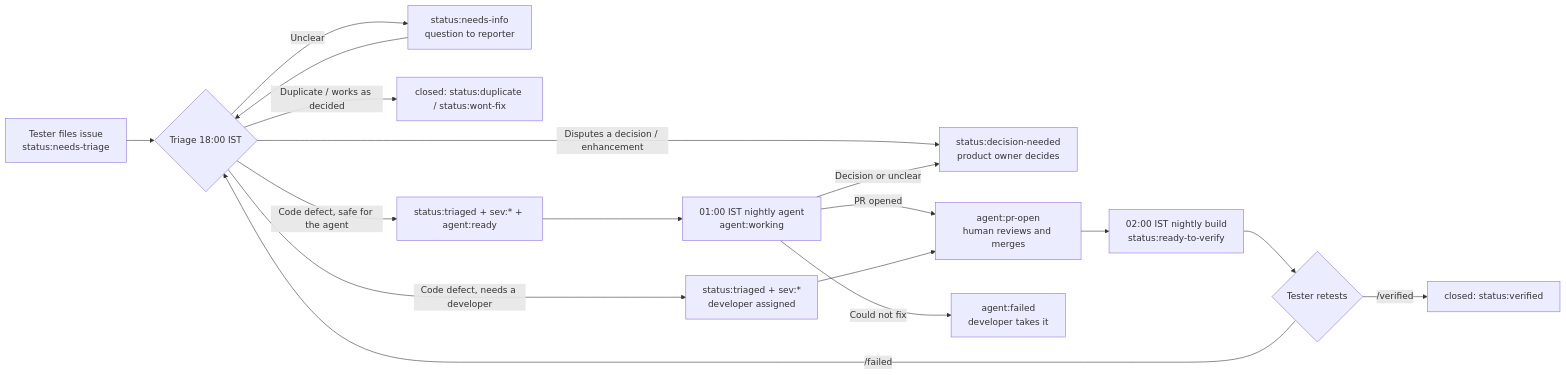
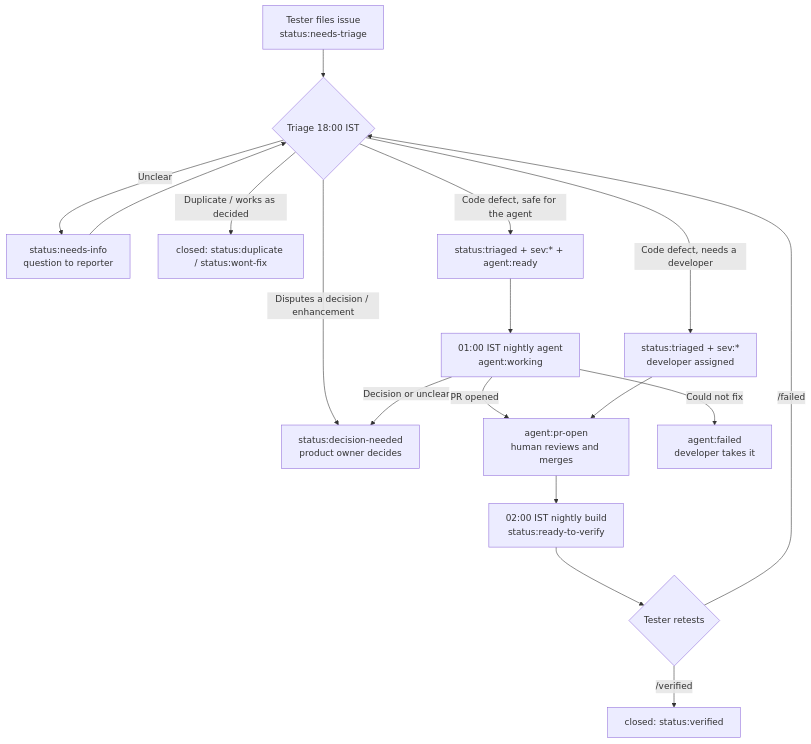
Before and after one commit to vasudevansundarababu-dev/adi-praxis: the diagram in docs/testing/TRIAGE.md, drawn with Mermaid. The commit also changed other lines of this file, not shown here.

Commit message:
docs(testing): vertical issue-lifecycle diagram; plain link to the tester guide

````diff
--- a/docs/testing/TRIAGE.md
+++ b/docs/testing/TRIAGE.md
@@ -7,19 +7,19 @@
 ```mermaid
-flowchart LR
+flowchart TD
   A[Tester files issue<br/>status:needs-triage] --> B{Triage 18:00 IST}
   B -->|Unclear| C[status:needs-info<br/>question to reporter]
   C --> B
   B -->|Disputes a decision / enhancement| D[status:decision-needed<br/>product owner decides]
   B -->|Duplicate / works as decided| E[closed: status:duplicate / status:wont-fix]
   B -->|Code defect, safe for the agent| F[status:triaged + sev:* + agent:ready]
   B -->|Code defect, needs a developer| G[status:triaged + sev:*<br/>developer assigned]
   F --> H[01:00 IST nightly agent<br/>agent:working]
   H -->|PR opened| I[agent:pr-open<br/>human reviews and merges]
   H -->|Decision or unclear| D
   H -->|Could not fix| J[agent:failed<br/>developer takes it]
   G --> I
   I --> K[02:00 IST nightly build<br/>status:ready-to-verify]
   K --> L{Tester retests}
   L -->|/verified| M[closed: status:verified]
   L -->|/failed| B
 ```
````
